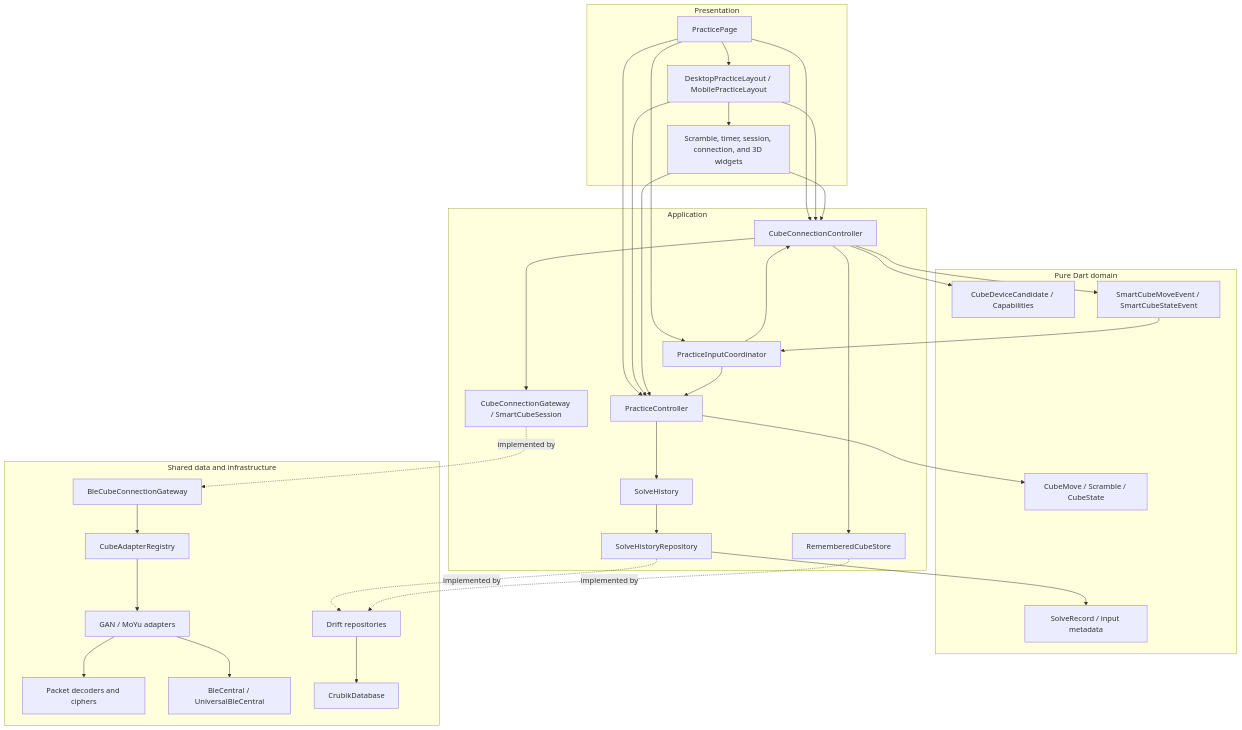
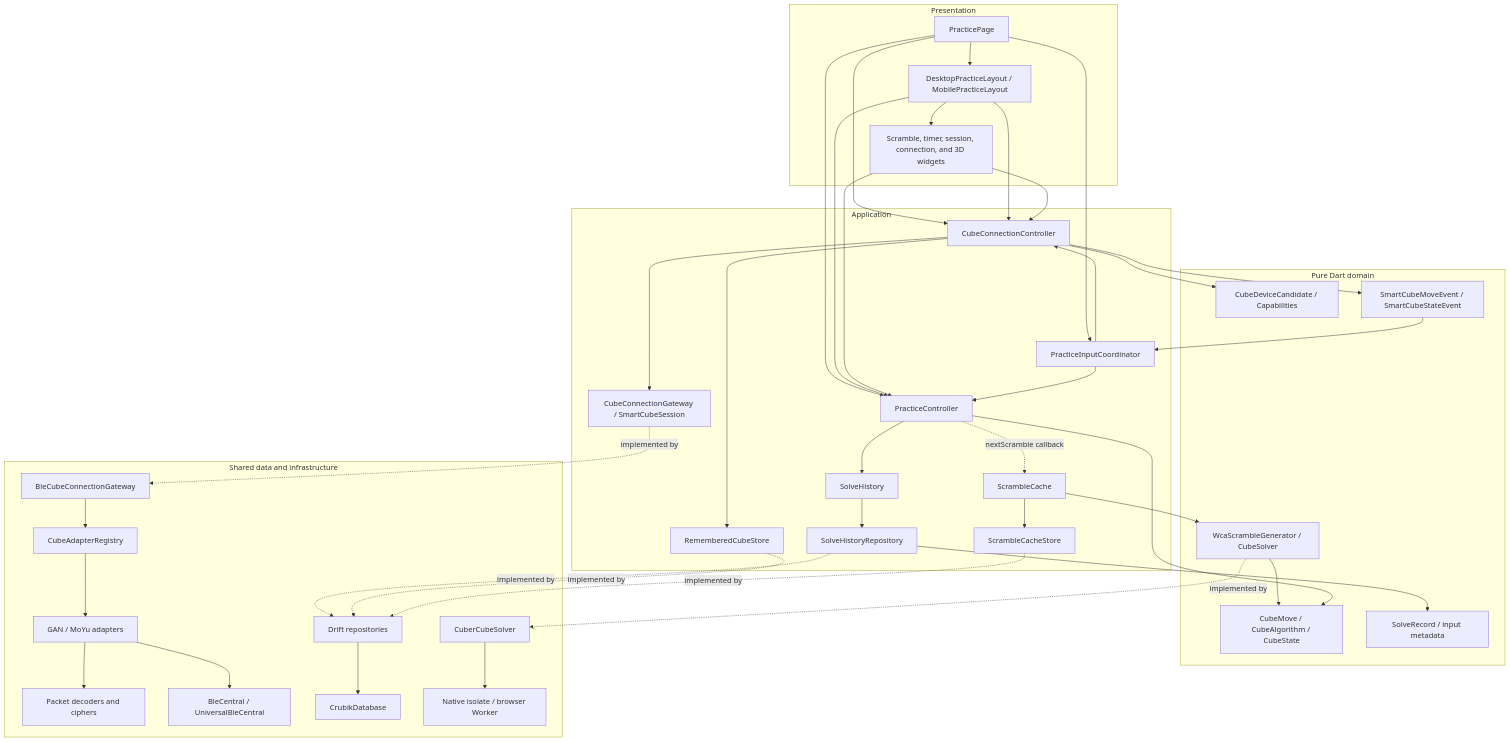
Before and after one commit to Hyponauts/Crubik: the first of 4 diagrams in docs/architecture.md, drawn with Mermaid. The commit also changed other lines of this file and 39 other files, not shown here.

````diff
--- a/docs/architecture.md
+++ b/docs/architecture.md
@@ -24,63 +24,75 @@
 ```mermaid
 flowchart TB
     subgraph Presentation["Presentation"]
         Page["PracticePage"]
         Layouts["DesktopPracticeLayout / MobilePracticeLayout"]
         Widgets["Scramble, timer, session, connection, and 3D widgets"]
     end
 
     subgraph Application["Application"]
         Coordinator["PracticeInputCoordinator"]
         Practice["PracticeController"]
         History["SolveHistory"]
+        ScramblePool["ScrambleCache"]
         Connection["CubeConnectionController"]
         GatewayContract["CubeConnectionGateway / SmartCubeSession"]
         HistoryContract["SolveHistoryRepository"]
         RememberedContract["RememberedCubeStore"]
+        ScrambleStoreContract["ScrambleCacheStore"]
     end
 
     subgraph Domain["Pure Dart domain"]
-        Cube["CubeMove / Scramble / CubeState"]
+        Cube["CubeMove / CubeAlgorithm / CubeState"]
+        Scrambling["WcaScrambleGenerator / CubeSolver"]
         Device["CubeDeviceCandidate / Capabilities"]
         Events["SmartCubeMoveEvent / SmartCubeStateEvent"]
         Solve["SolveRecord / input metadata"]
     end
 
     subgraph Infrastructure["Shared data and infrastructure"]
         BleGateway["BleCubeConnectionGateway"]
         Registry["CubeAdapterRegistry"]
         Adapters["GAN / MoYu adapters"]
         Protocols["Packet decoders and ciphers"]
         Central["BleCentral / UniversalBleCentral"]
         Repositories["Drift repositories"]
         Database["CrubikDatabase"]
+        Cuber["CuberCubeSolver"]
+        SolverRuntime["Native isolate / browser Worker"]
     end
 
     Page --> Layouts --> Widgets
     Page --> Coordinator
     Page --> Practice
     Page --> Connection
     Layouts --> Practice
     Layouts --> Connection
     Widgets --> Practice
     Widgets --> Connection
     Coordinator --> Practice
     Coordinator --> Connection
     Practice --> History
+    Practice -. nextScramble callback .-> ScramblePool
+    ScramblePool --> ScrambleStoreContract
+    ScramblePool --> Scrambling
+    Scrambling --> Cube
     History --> HistoryContract
     Practice --> Cube
     HistoryContract --> Solve
     Connection --> GatewayContract
     Connection --> RememberedContract
     Connection --> Device
     Connection --> Events
     GatewayContract -. implemented by .-> BleGateway
     BleGateway --> Registry
     Registry --> Adapters
     Adapters --> Protocols
     Adapters --> Central
     Events --> Coordinator
     HistoryContract -. implemented by .-> Repositories
     RememberedContract -. implemented by .-> Repositories
+    ScrambleStoreContract -. implemented by .-> Repositories
     Repositories --> Database
+    Scrambling -. implemented by .-> Cuber
+    Cuber --> SolverRuntime
 ```
````
